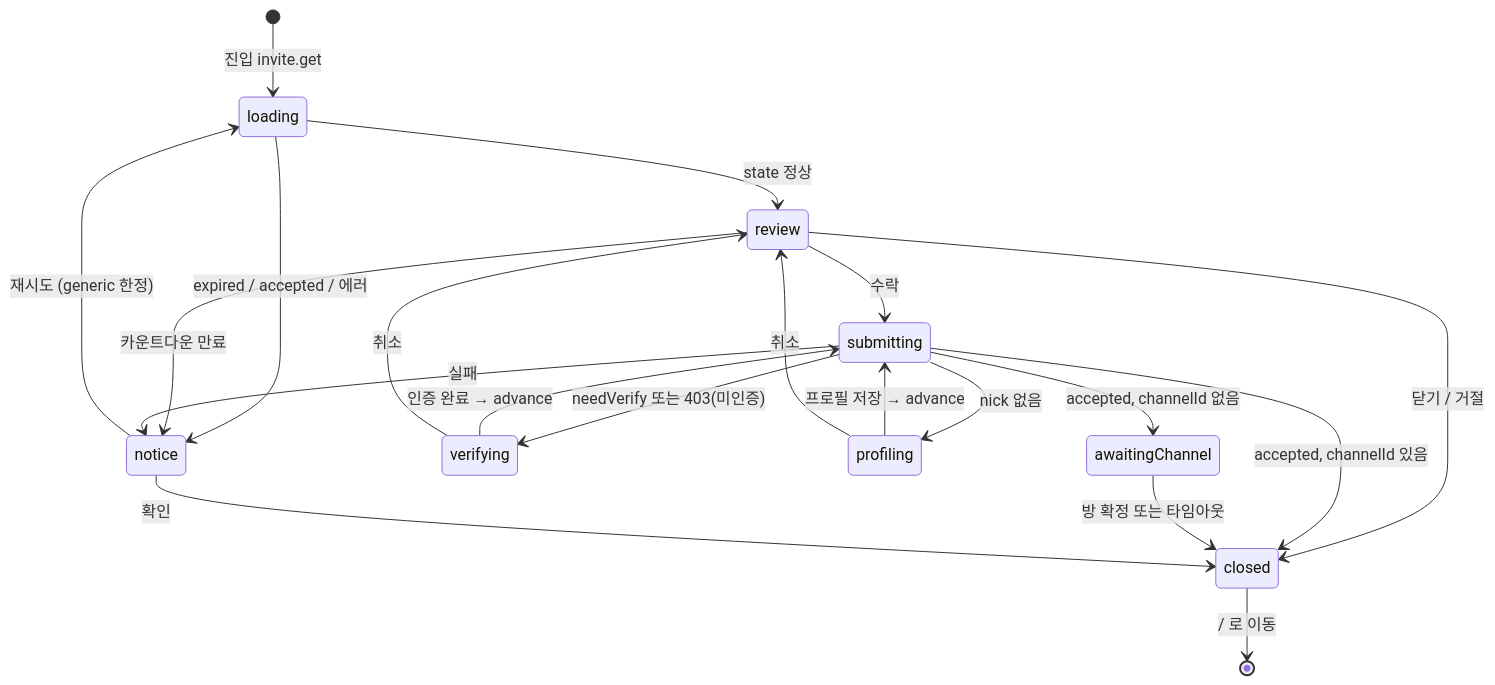
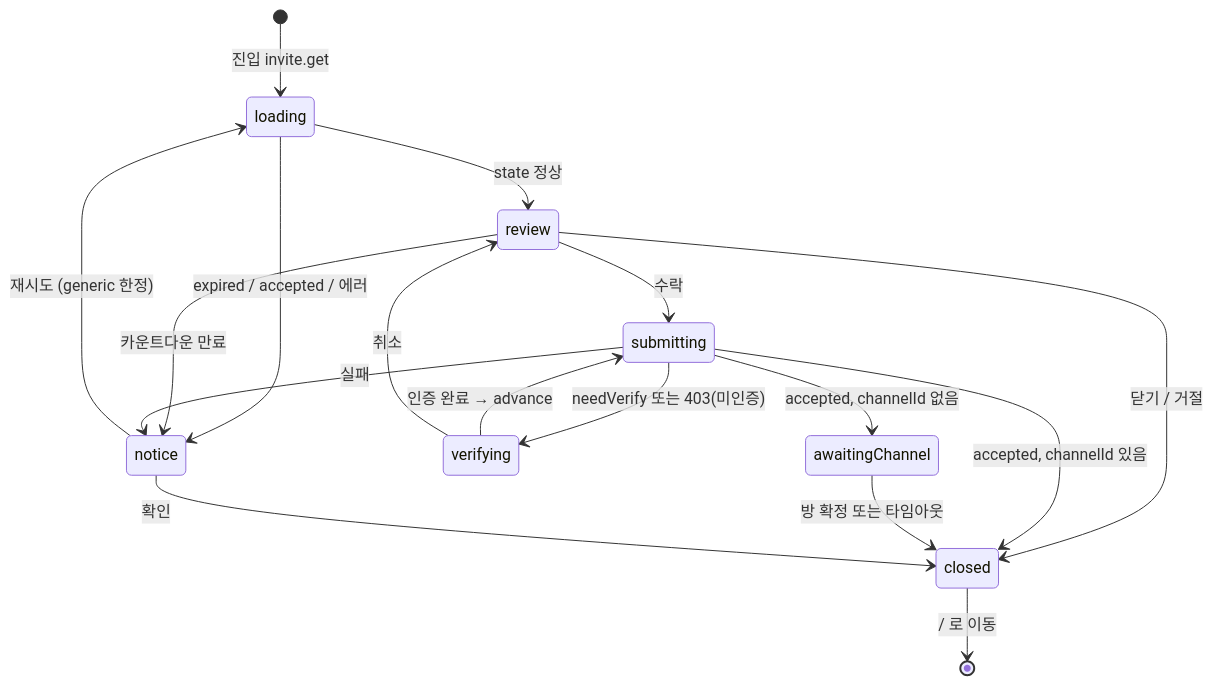
Before and after one commit to lemoncloud-io/dou-app: the third of 3 diagrams in docs/invite-accept-entry.md, drawn with Mermaid. The commit also changed other lines of this file and 3 other files, not shown here.

````diff
--- a/docs/invite-accept-entry.md
+++ b/docs/invite-accept-entry.md
@@ -143,26 +143,23 @@
 ```mermaid
 stateDiagram-v2
     [*] --> loading: 진입 invite.get
     loading --> review: state 정상
     loading --> notice: expired / accepted / 에러
 
     review --> submitting: 수락
     review --> notice: 카운트다운 만료
     review --> closed: 닫기 / 거절
 
     submitting --> verifying: needVerify 또는 403(미인증)
-    submitting --> profiling: nick 없음
     submitting --> awaitingChannel: accepted, channelId 없음
     submitting --> closed: accepted, channelId 있음
     submitting --> notice: 실패
 
     verifying --> submitting: 인증 완료 → advance
     verifying --> review: 취소
-    profiling --> submitting: 프로필 저장 → advance
-    profiling --> review: 취소
 
     awaitingChannel --> closed: 방 확정 또는 타임아웃
     notice --> closed: 확인
     notice --> loading: 재시도 (generic 한정)
     closed --> [*]: / 로 이동
 ```
````
